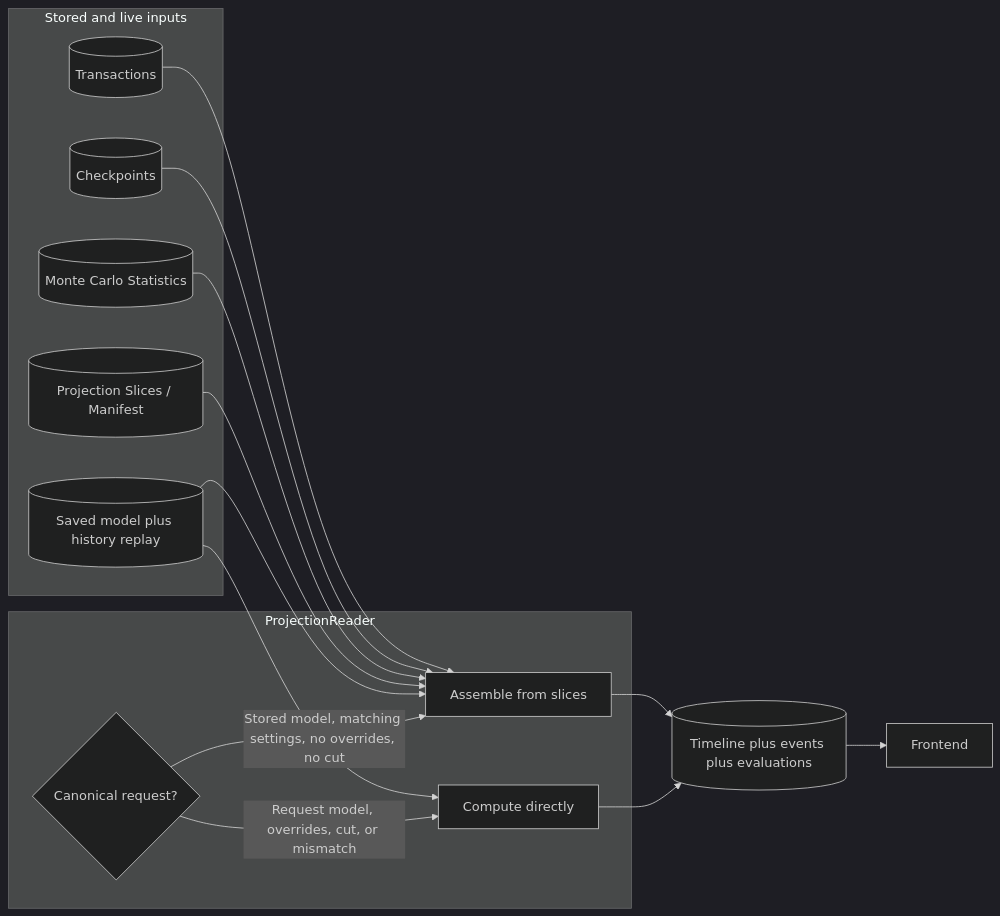
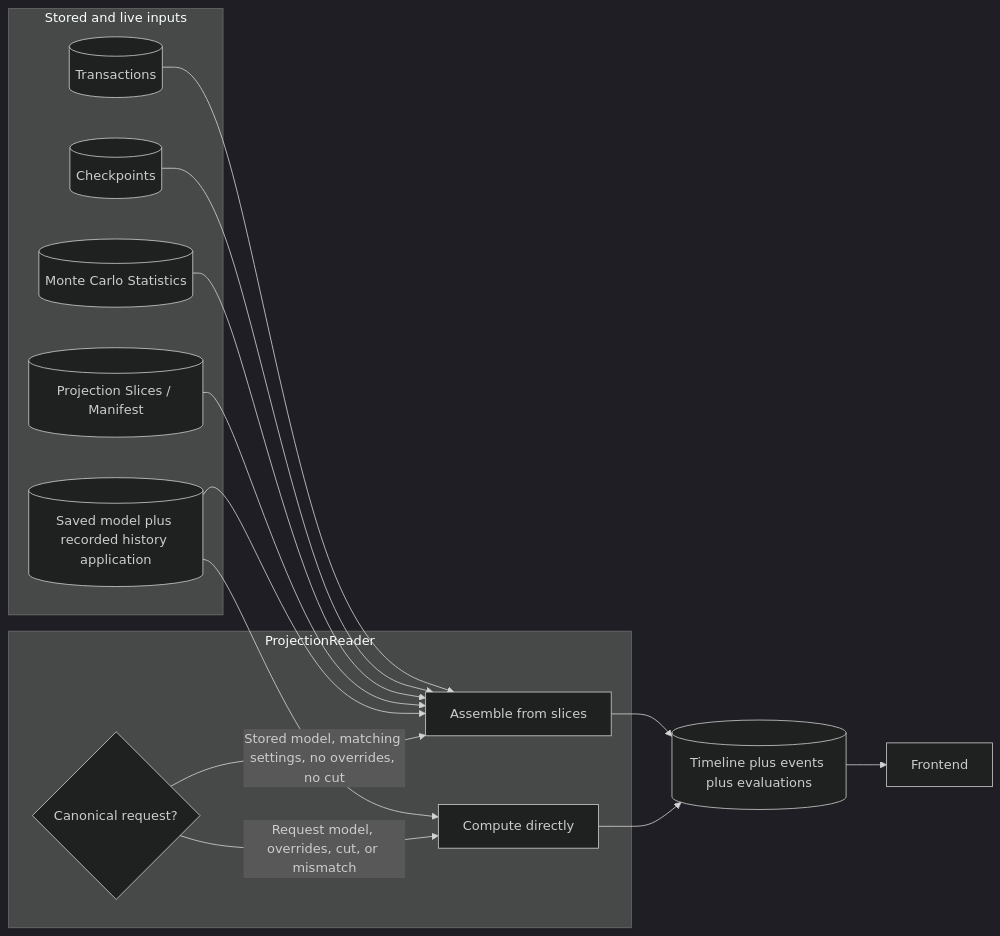
One commit to SimHoZebs/net-worth-estimator changed the diagram in docs/diagrams/unified-read-api.mmd. Above: the diagram before and after it, drawn with Mermaid (dark theme). The commit also changed 93 other files, not shown here.

```diff
--- a/docs/diagrams/unified-read-api.mmd
+++ b/docs/diagrams/unified-read-api.mmd
@@ -1,24 +1,24 @@
 flowchart LR
     subgraph SOURCES["Stored and live inputs"]
         TX[("Transactions")]
         CP[("Checkpoints")]
         STATS[("Monte Carlo Statistics")]
         SLICES[("Projection Slices / Manifest")]
-        MODEL[("Saved model plus history replay")]
+        MODEL[("Saved model plus recorded history application")]
     end
     subgraph READER["ProjectionReader"]
         CANON{"Canonical request?"}
         ASSEMBLE["Assemble from slices"]
         COMPUTE["Compute directly"]
     end
     TX --> ASSEMBLE
     CP --> ASSEMBLE
     STATS --> ASSEMBLE
     SLICES --> ASSEMBLE
     MODEL --> ASSEMBLE
     MODEL --> COMPUTE
     CANON -->|"Stored model, matching settings, no overrides, no cut"| ASSEMBLE
     CANON -->|"Request model, overrides, cut, or mismatch"| COMPUTE
     ASSEMBLE --> OUT[("Timeline plus events plus evaluations")]
     COMPUTE --> OUT
     OUT --> UI["Frontend"]
```
